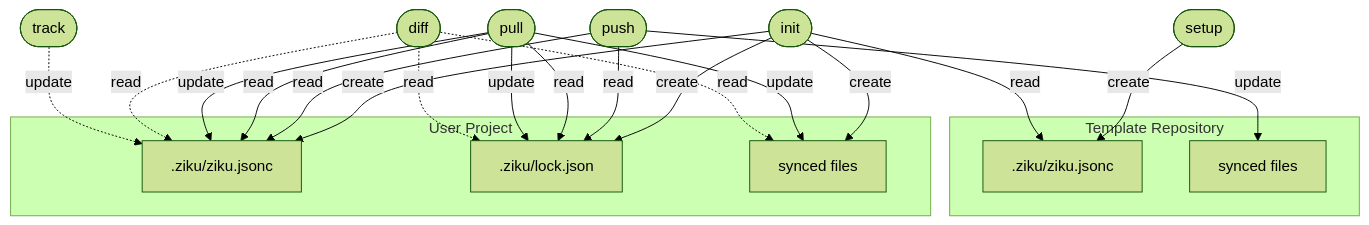
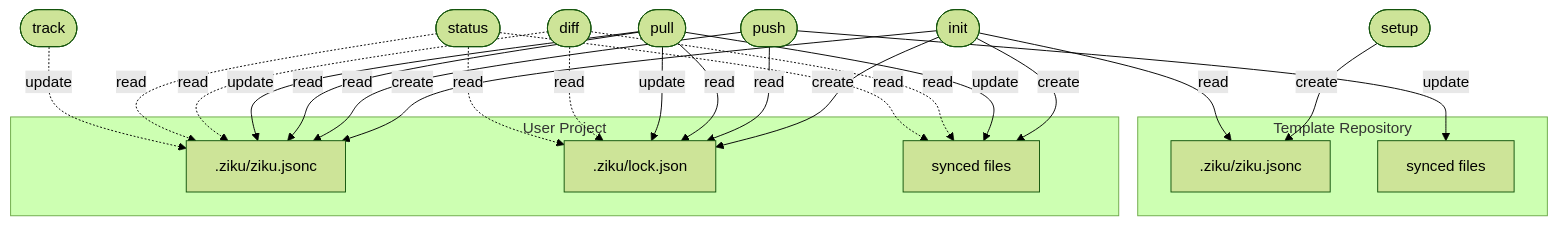
Before and after one commit to tktcorporation/ziku: the diagram in README.md, drawn with Mermaid (forest theme). The commit also changed other lines of this file and 19 other files, not shown here.

Commit message:
feat: add `ziku status` command (#71)

````diff
--- a/README.md
+++ b/README.md
@@ -119,25 +120,26 @@
 ```mermaid
 graph TB
 
   subgraph Template["Template Repository"]
     ZIKU_TPL[".ziku/ziku.jsonc"]
     T_FILES["synced files"]
   end
 
   subgraph User["User Project"]
     ZIKU[".ziku/ziku.jsonc"]
     LOCK[".ziku/lock.json"]
     U_FILES["synced files"]
   end
 
   setup([setup]) -->|create| ZIKU_TPL
   init([init]) -->|read| ZIKU_TPL
   init -->|create| ZIKU & LOCK & U_FILES
   push([push]) -->|read| ZIKU & LOCK
   push -->|update| T_FILES
   pull([pull]) -->|read| ZIKU & LOCK
   pull -->|update| U_FILES & ZIKU & LOCK
   diff([diff]) -.->|read| ZIKU & LOCK & U_FILES
+  status([status]) -.->|read| ZIKU & LOCK & U_FILES
   track([track]) -.->|update| ZIKU
 
 ```
````
